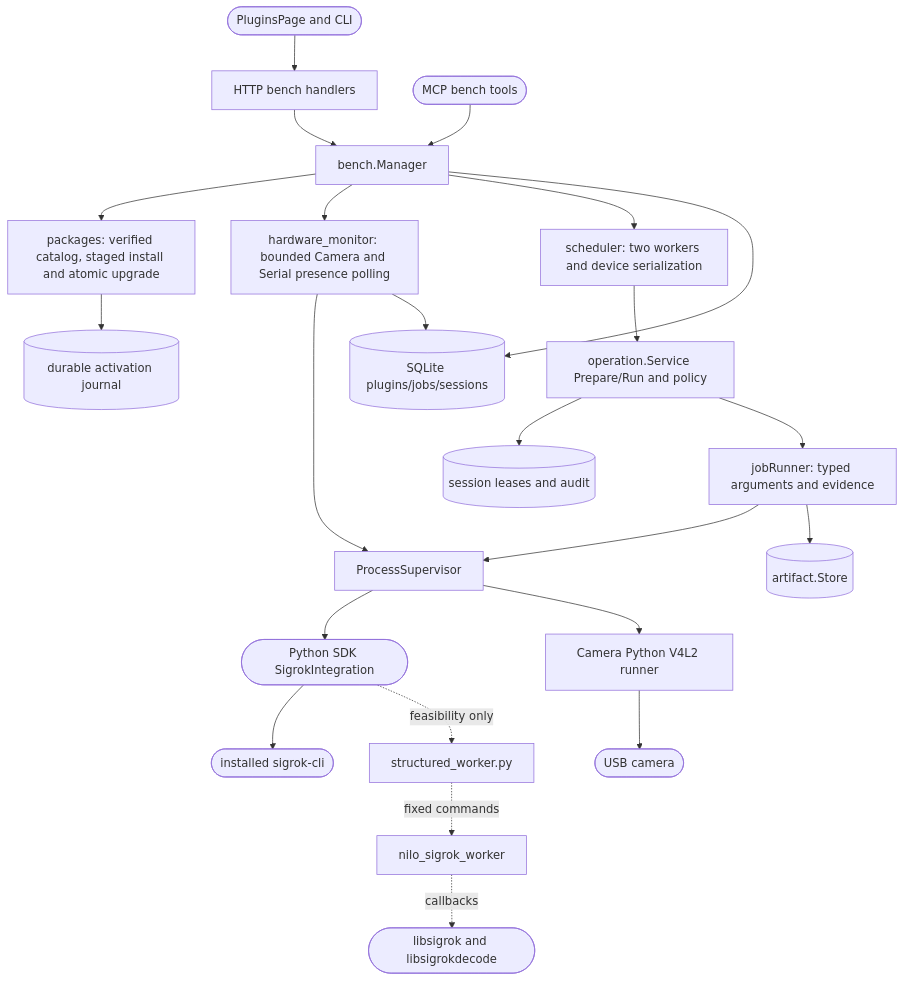
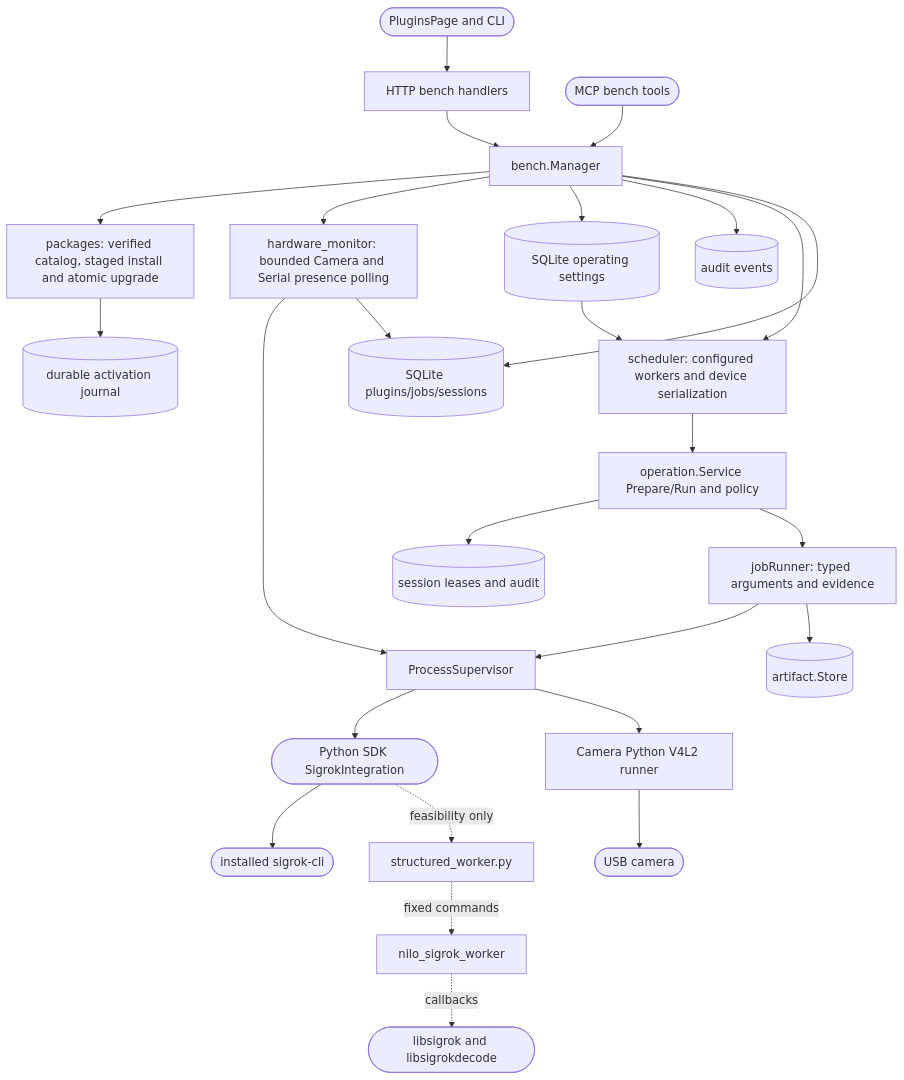
Before and after one commit to DDP-Engineering/2026_Networked_Intelligent_Lab_Orchestrator: the diagram in .agentic/knowledge/bench-integrations.md, drawn with Mermaid. The commit also changed other lines of this file and 71 other files, not shown here.

First line of the commit message:
feat: add configurable operating settings for NILO 0.12.0

````diff
--- a/.agentic/knowledge/bench-integrations.md
+++ b/.agentic/knowledge/bench-integrations.md
@@ -130,25 +133,28 @@
 ```mermaid
 flowchart TD
     gui([PluginsPage and CLI]) --> http[HTTP bench handlers]
     mcp([MCP bench tools]) --> manager[bench.Manager]
     http --> manager
     manager --> packages[packages: verified catalog, staged install and atomic upgrade]
     packages --> journal[(durable activation journal)]
     manager --> monitor[hardware_monitor: bounded Camera and Serial presence polling]
     monitor --> supervisor
     monitor --> db
-    manager --> queue[scheduler: two workers and device serialization]
+    manager --> limits[(SQLite operating settings)]
+    limits --> queue[scheduler: configured workers and device serialization]
+    manager --> audit[(audit events)]
+    manager --> queue
     manager --> db[(SQLite plugins/jobs/sessions)]
     queue --> operation[operation.Service Prepare/Run and policy]
     operation --> leases[(session leases and audit)]
     operation --> adapter[jobRunner: typed arguments and evidence]
     adapter --> supervisor[ProcessSupervisor]
     supervisor --> sdk([Python SDK SigrokIntegration])
     sdk --> cli([installed sigrok-cli])
     supervisor --> camera[Camera Python V4L2 runner]
     camera --> physical([USB camera])
     sdk -. feasibility only .-> structured[structured_worker.py]
     structured -. fixed commands .-> native[nilo_sigrok_worker]
     native -. callbacks .-> libraries([libsigrok and libsigrokdecode])
     adapter --> artifacts[(artifact.Store)]
 ```
````
